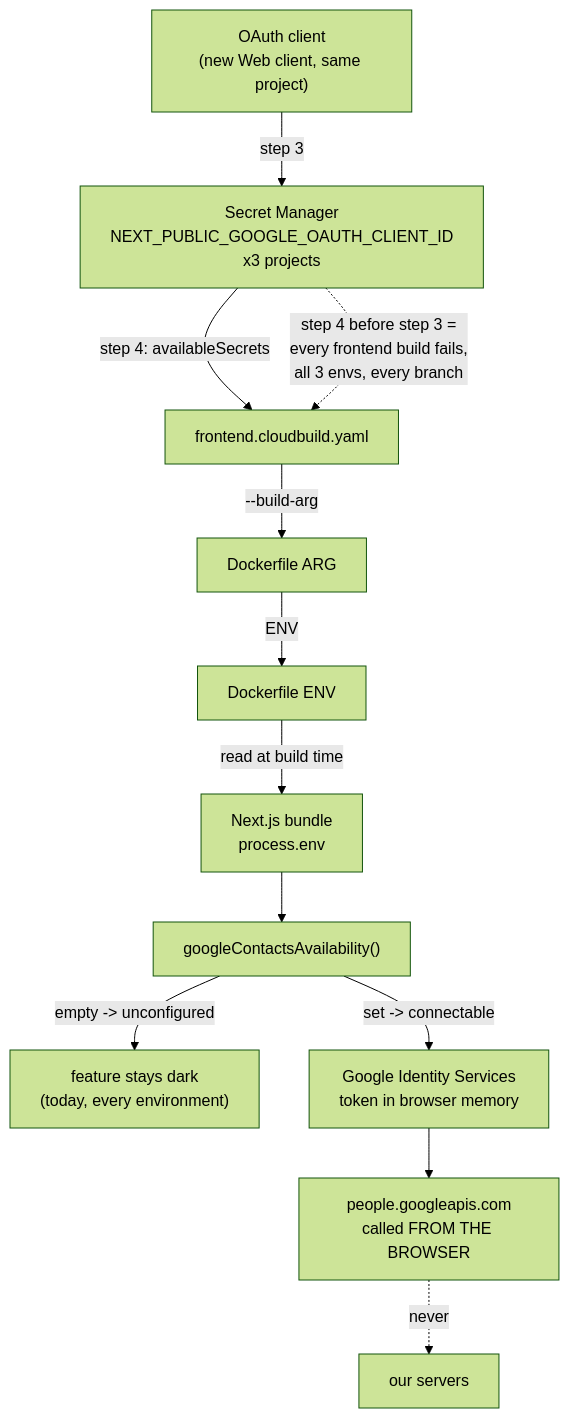
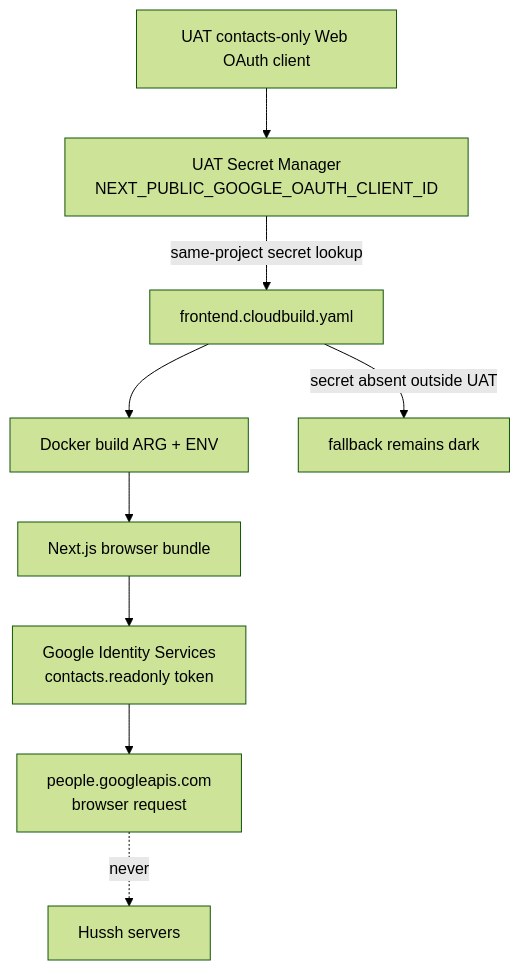
The diagram in docs/guides/google-contacts-enable.md (hushh-labs/hushh-research), drawn with Mermaid (forest theme) before and after one commit. The commit also changed other lines of this file and 17 other files, not shown here.

Commit message:
feat(contacts): prepare browser sync for UAT

````diff
--- a/docs/guides/google-contacts-enable.md
+++ b/docs/guides/google-contacts-enable.md
@@ -21,15 +45,11 @@
 ```mermaid
 flowchart TD
-    C["OAuth client<br/>(new Web client, same project)"] -->|"step 3"| SM["Secret Manager<br/>NEXT_PUBLIC_GOOGLE_OAUTH_CLIENT_ID<br/>x3 projects"]
-    SM -->|"step 4: availableSecrets"| CB["frontend.cloudbuild.yaml"]
-    CB -->|"--build-arg"| DA["Dockerfile ARG"]
-    DA -->|"ENV"| DE["Dockerfile ENV"]
-    DE -->|"read at build time"| NB["Next.js bundle<br/>process.env"]
-    NB --> AV["googleContactsAvailability()"]
-    AV -->|"empty -> unconfigured"| DARK["feature stays dark<br/>(today, every environment)"]
-    AV -->|"set -> connectable"| GIS["Google Identity Services<br/>token in browser memory"]
-    GIS --> PA["people.googleapis.com<br/>called FROM THE BROWSER"]
-    PA -.->|"never"| SRV["our servers"]
-
-    SM -.->|"step 4 before step 3 =<br/>every frontend build fails,<br/>all 3 envs, every branch"| CB
+    OC["UAT contacts-only Web OAuth client"] --> SM["UAT Secret Manager<br/>NEXT_PUBLIC_GOOGLE_OAUTH_CLIENT_ID"]
+    SM -->|"same-project secret lookup"| CB["frontend.cloudbuild.yaml"]
+    CB --> DA["Docker build ARG + ENV"]
+    DA --> NB["Next.js browser bundle"]
+    NB --> GIS["Google Identity Services<br/>contacts.readonly token"]
+    GIS --> PA["people.googleapis.com<br/>browser request"]
+    PA -. "never" .-> SRV["Hussh servers"]
+    CB -->|"secret absent outside UAT"| DARK["fallback remains dark"]
 ```
````
